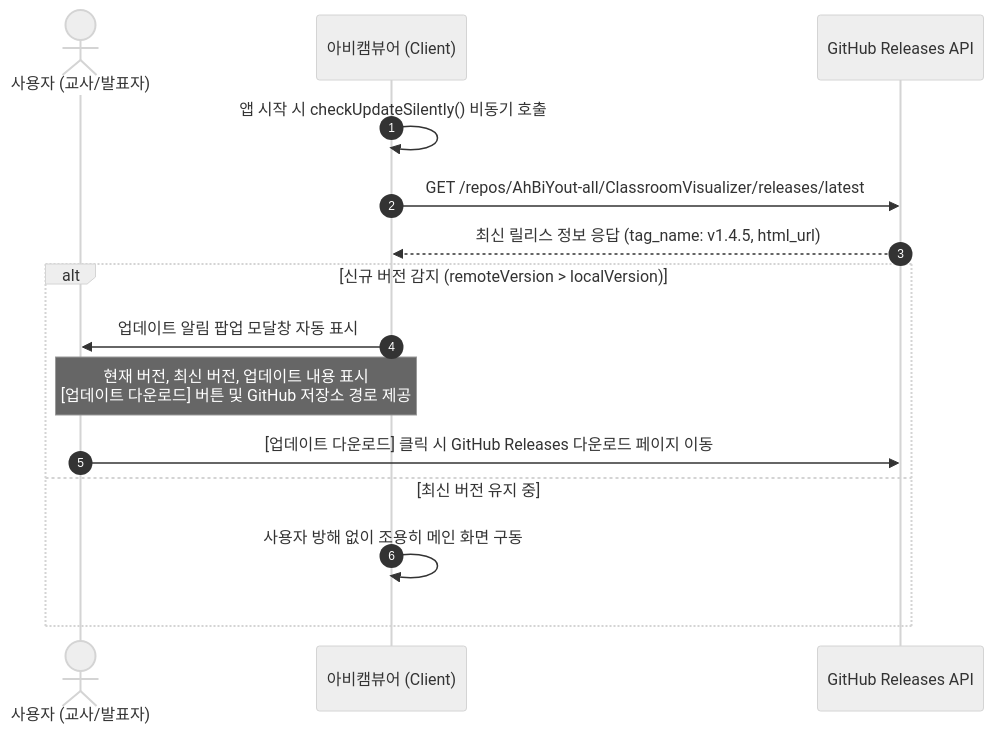
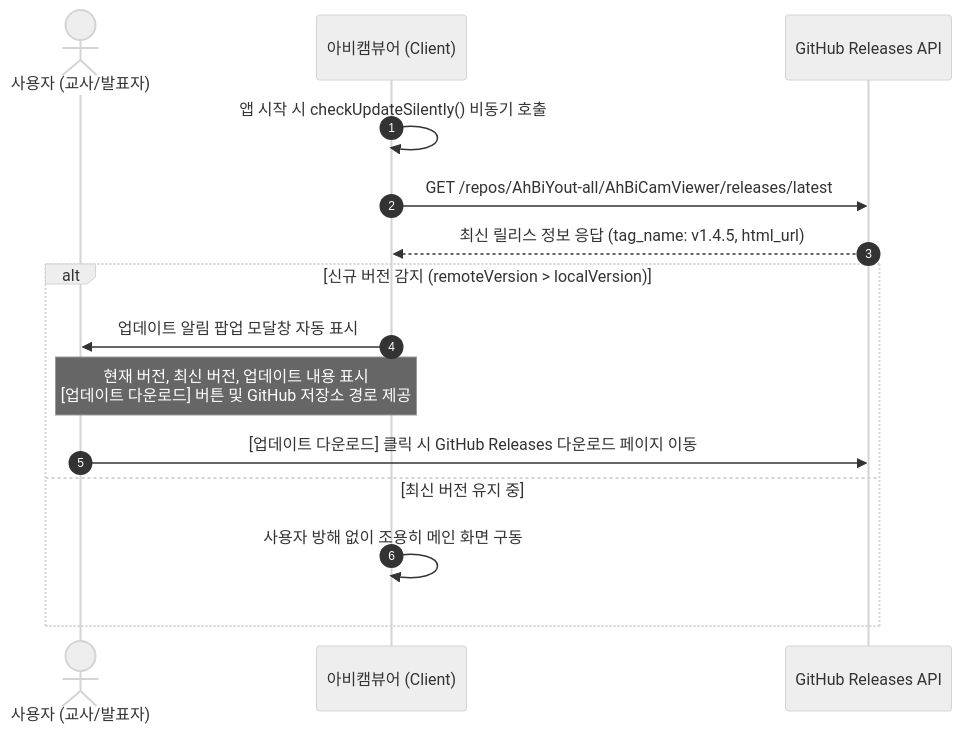
One commit to ahbiyout-all/AhBiCamViewer changed the diagram in docs/GITHUB.md. Above: the diagram before and after it, drawn with Mermaid (neutral theme). The commit also changed other lines of this file and 17 other files, not shown here.

First line of the commit message:
chore: rename repository ClassroomVisualizer → AhBiCamViewer across all files

````diff
--- a/docs/GITHUB.md
+++ b/docs/GITHUB.md
@@ -60,18 +60,18 @@
 ```mermaid
 sequenceDiagram
     autonumber
     actor User as 사용자 (교사/발표자)
     participant App as 아비캠뷰어 (Client)
     participant GH as GitHub Releases API
     
     App->>App: 앱 시작 시 checkUpdateSilently() 비동기 호출
-    App->>GH: GET /repos/AhBiYout-all/ClassroomVisualizer/releases/latest
+    App->>GH: GET /repos/AhBiYout-all/AhBiCamViewer/releases/latest
     GH-->>App: 최신 릴리스 정보 응답 (tag_name: v1.4.5, html_url)
     alt 신규 버전 감지 (remoteVersion > localVersion)
         App->>User: 업데이트 알림 팝업 모달창 자동 표시
         Note over User,App: 현재 버전, 최신 버전, 업데이트 내용 표시<br/>[업데이트 다운로드] 버튼 및 GitHub 저장소 경로 제공
         User->>GH: [업데이트 다운로드] 클릭 시 GitHub Releases 다운로드 페이지 이동
     else 최신 버전 유지 중
         App->>App: 사용자 방해 없이 조용히 메인 화면 구동
     end
 ```
````
